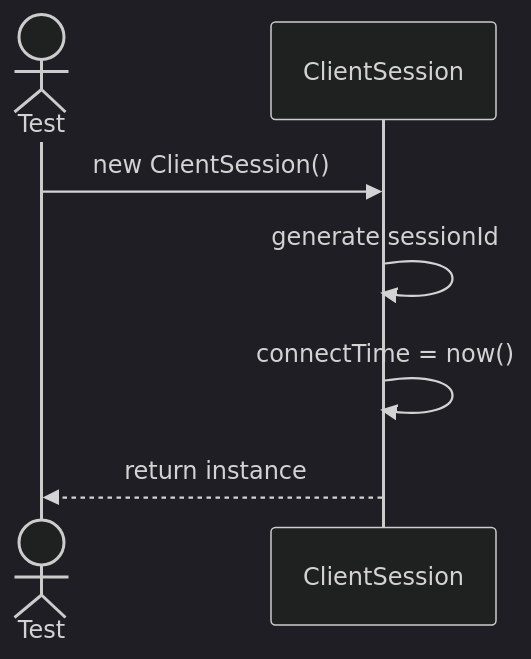
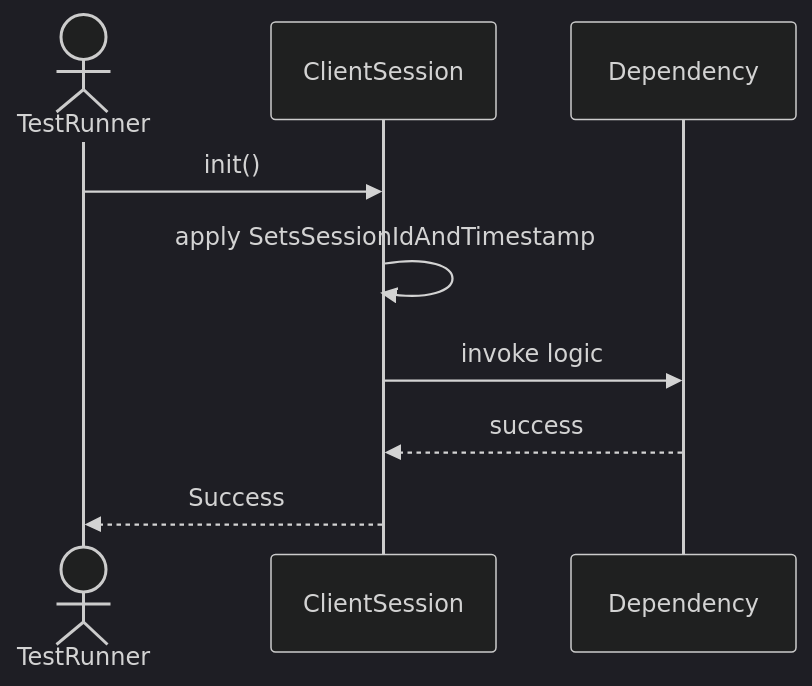
Before and after one commit to TamBui1706/DBMS: the first of 9 diagrams in Sequences/Core/ClientSession.md, drawn with Mermaid (dark theme). The commit also changed other lines of this file and 63 other files, not shown here.

Commit message:
Draw sequence diagram for unit tests

````diff
--- a/Sequences/Core/ClientSession.md
+++ b/Sequences/Core/ClientSession.md
@@ -16,10 +20,10 @@
 ```mermaid
 sequenceDiagram
-    actor Test
+    actor TestRunner
     participant ClientSession
-
-    Test->>ClientSession: new ClientSession()
-    ClientSession->>ClientSession: generate sessionId
-    ClientSession->>ClientSession: connectTime = now()
-    ClientSession-->>Test: return instance
+    TestRunner->>ClientSession: init()
+    ClientSession->>ClientSession: apply SetsSessionIdAndTimestamp
+    ClientSession->>Dependency: invoke logic
+    Dependency-->>ClientSession: success
+    ClientSession-->>TestRunner: Success
 ```
````
